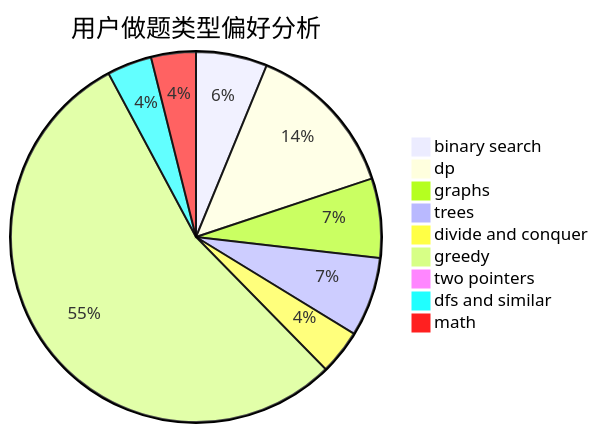
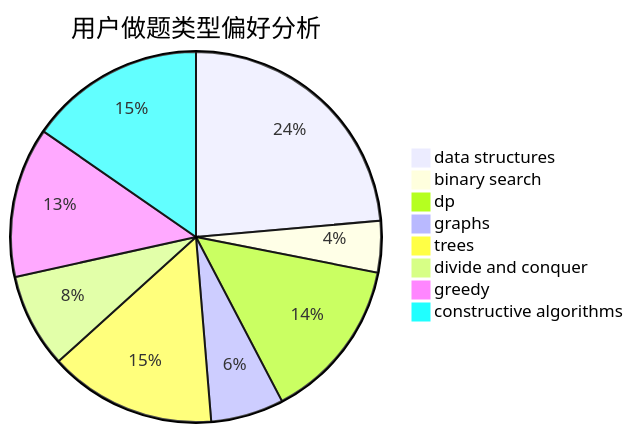
One commit to sherpahu/cfrs.github.io changed the second of 3 diagrams in docs/user/u976.md. Above: the diagram before and after it, drawn with Mermaid. The commit also changed other lines of this file and 2775 other files, not shown here.

````diff
--- a/docs/user/u976.md
+++ b/docs/user/u976.md
@@ -23,12 +23,11 @@
 ```mermaid
 pie title 用户做题类型偏好分析
-    "binary search" :  35
-    "dp" :  77
-    "graphs" :  39
+    "data structures" :  63
+    "binary search" :  12
+    "dp" :  38
+    "graphs" :  17
     "trees" :  39
     "divide and conquer" :  22
-    "greedy" :  307
-    "two pointers" :  0
-    "dfs and similar" :  22
-    "math" :  22
+    "greedy" :  35
+    "constructive algorithms" :  41
 ```
````
